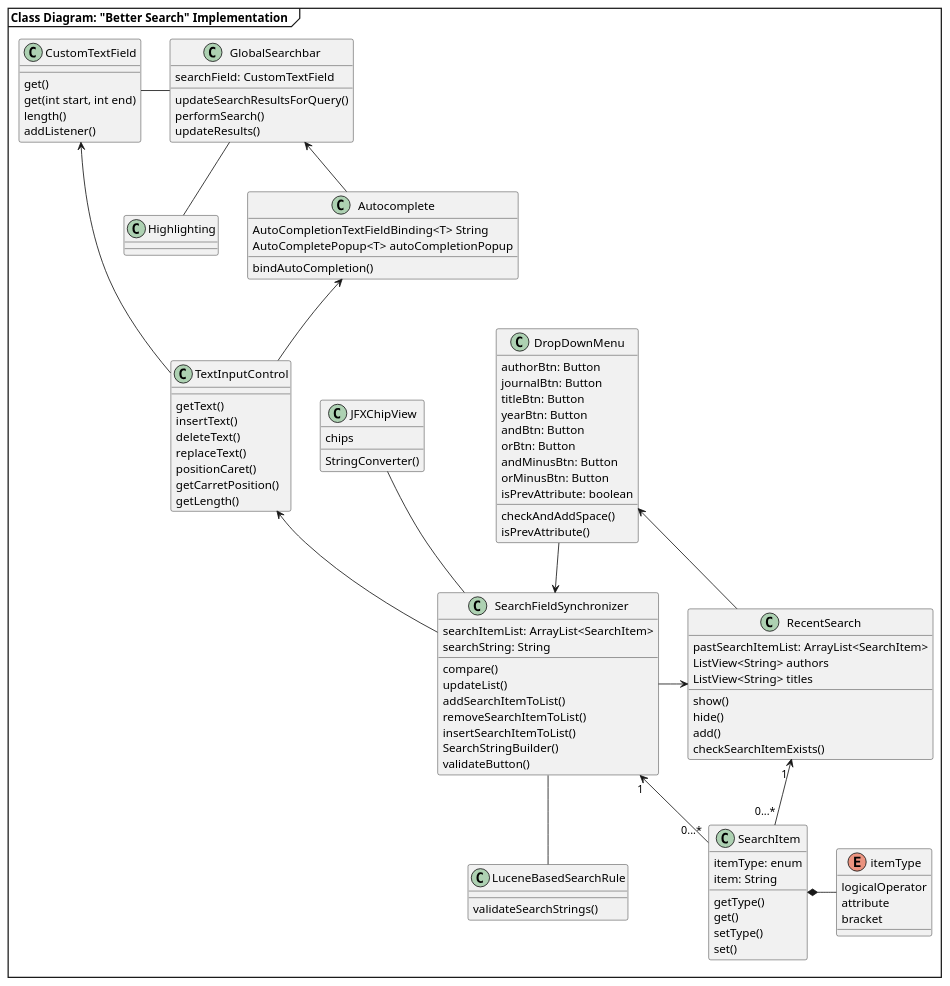
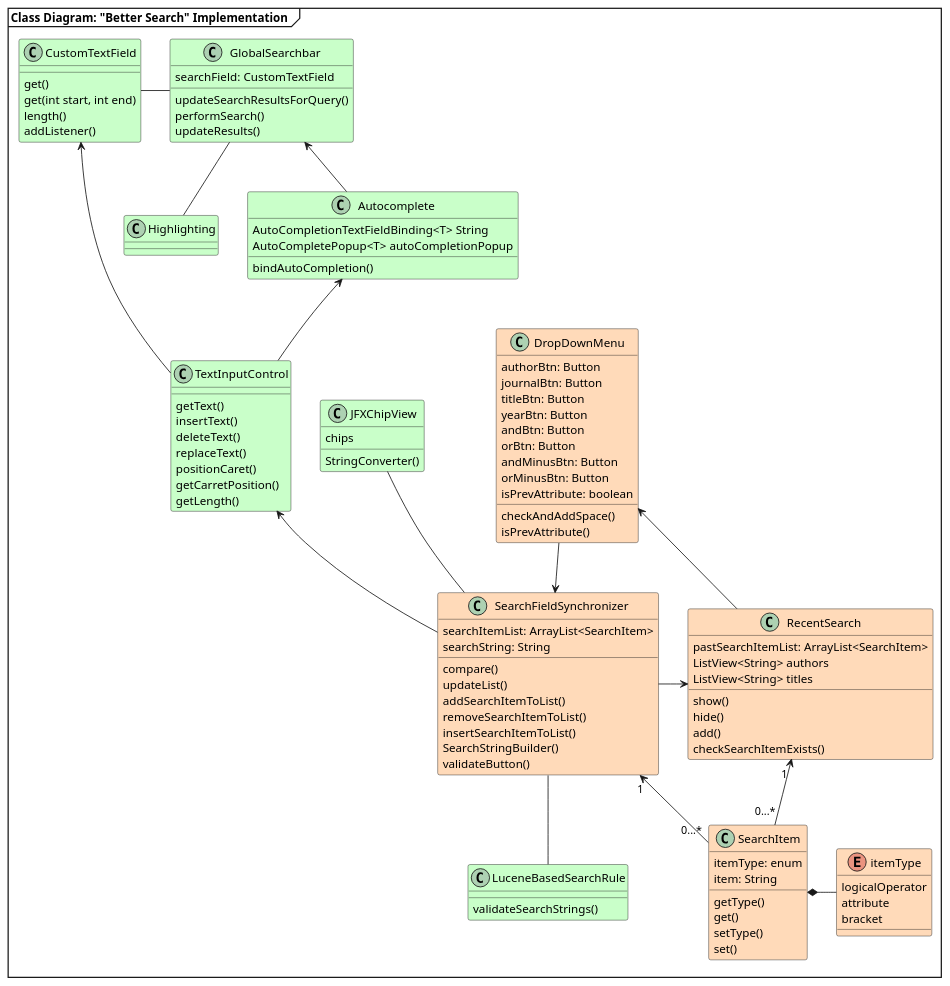
Before and after one commit to JabRef/jabref: the first of 6 diagrams in docs/sweng/diagrams.pu, drawn with PlantUML. The commit also changed 4 other files, not shown here.

Commit message:
Add color coding and legend to class diagram

```diff
--- a/docs/sweng/diagrams.pu
+++ b/docs/sweng/diagrams.pu
@@ -2,132 +2,151 @@
 @startuml class-diagram
 mainframe **Class Diagram: "Better Search" Implementation  **
+' package LEGEND {
+'     class Existing as " Existing Classes " #White
+'     hide  Existing circle
+'     hide  Existing methods
+'     hide  Existing members
+
+'     class New as " New Classes "
+'     hide  New circle
+'     hide  New methods
+'     hide  New members
+
+'     ' Workaround to prevent PlantUML from positioning the legend blocks randomly.
+'     Existing -[hidden]- New
+' }
+
 ' =======================================================
 ' Grouping
 ' =======================================================
 together {
     class DropDownMenu
     class SearchFieldSynchronizer
 }
 
 ' =======================================================
 ' Relations
 ' =======================================================
 CustomTextField - GlobalSearchbar
 SearchItem *- itemType
 RecentSearch <- SearchFieldSynchronizer
 GlobalSearchbar -- Highlighting
 GlobalSearchbar <-- Autocomplete
 DropDownMenu <-- RecentSearch
 
 SearchFieldSynchronizer -- LuceneBasedSearchRule
 SearchItem "0...*" -> "1 " SearchFieldSynchronizer
 JFXChipView -- SearchFieldSynchronizer
 DropDownMenu --> SearchFieldSynchronizer
 CustomTextField <-- TextInputControl
 Autocomplete <-- TextInputControl
 TextInputControl <-- SearchFieldSynchronizer
 RecentSearch "1 " <-- "0...*" SearchItem
 
 ' =======================================================
 ' Classes
 ' =======================================================
-class GlobalSearchbar {
+class GlobalSearchbar #TECHNOLOGY {
     searchField: CustomTextField
     updateSearchResultsForQuery()
     ' initSearchModifierButtons()
     ' initSearchModifierButton()
     ' focus()
     performSearch()
     ' validRegex()
     ' informUserAboutInvalidSearchQuery()
     updateResults()
     ' setSearchFieldHintTooltip()
     ' updateHintVisibility()
     ' registerEventListener()
     ' onSuggestionChosen()
 }
 
-class RecentSearch {
+class Highlighting #TECHNOLOGY {
+
+}
+
+class RecentSearch #PeachPuff {
     pastSearchItemList: ArrayList<SearchItem>
     ListView<String> authors
     ListView<String> titles
     show()
     hide()
     add()
     checkSearchItemExists()
 
 }
 
-class DropDownMenu {
+class DropDownMenu #PeachPuff {
     authorBtn: Button
     journalBtn: Button
     titleBtn: Button
     yearBtn: Button
     andBtn: Button
     orBtn: Button
     andMinusBtn: Button
     orMinusBtn: Button
     isPrevAttribute: boolean
     checkAndAddSpace()
     isPrevAttribute()
 }
 
-class LuceneBasedSearchRule {
+class LuceneBasedSearchRule #TECHNOLOGY {
     validateSearchStrings()
 }
 
-class Autocomplete {
+class Autocomplete #TECHNOLOGY {
     AutoCompletionTextFieldBinding<T> String
     AutoCompletePopup<T> autoCompletionPopup
     bindAutoCompletion()
 }
 
-class SearchFieldSynchronizer {
+class SearchFieldSynchronizer #PeachPuff {
     searchItemList: ArrayList<SearchItem>
     searchString: String 
     compare()
     updateList()
     addSearchItemToList()
     removeSearchItemToList()
     insertSearchItemToList()
     SearchStringBuilder()
     validateButton()
 }
 
-class SearchItem {
+class SearchItem #PeachPuff {
     itemType: enum 
     item: String
     getType()
     get()
     setType()
     set()
 }
 
-enum itemType {
+enum itemType #PeachPuff {
     logicalOperator
     attribute
     bracket
 }
 
-class CustomTextField {
+class CustomTextField #TECHNOLOGY {
     get()
     get(int start, int end)
     length()
     addListener()
 }
 
-class TextInputControl {
+class TextInputControl #TECHNOLOGY {
     getText()
     insertText()
     deleteText()
     replaceText()
     positionCaret()
     getCarretPosition()
     getLength()
 }
 
-class JFXChipView {
+class JFXChipView #TECHNOLOGY {
     chips
     StringConverter()
 }
 @enduml
```
